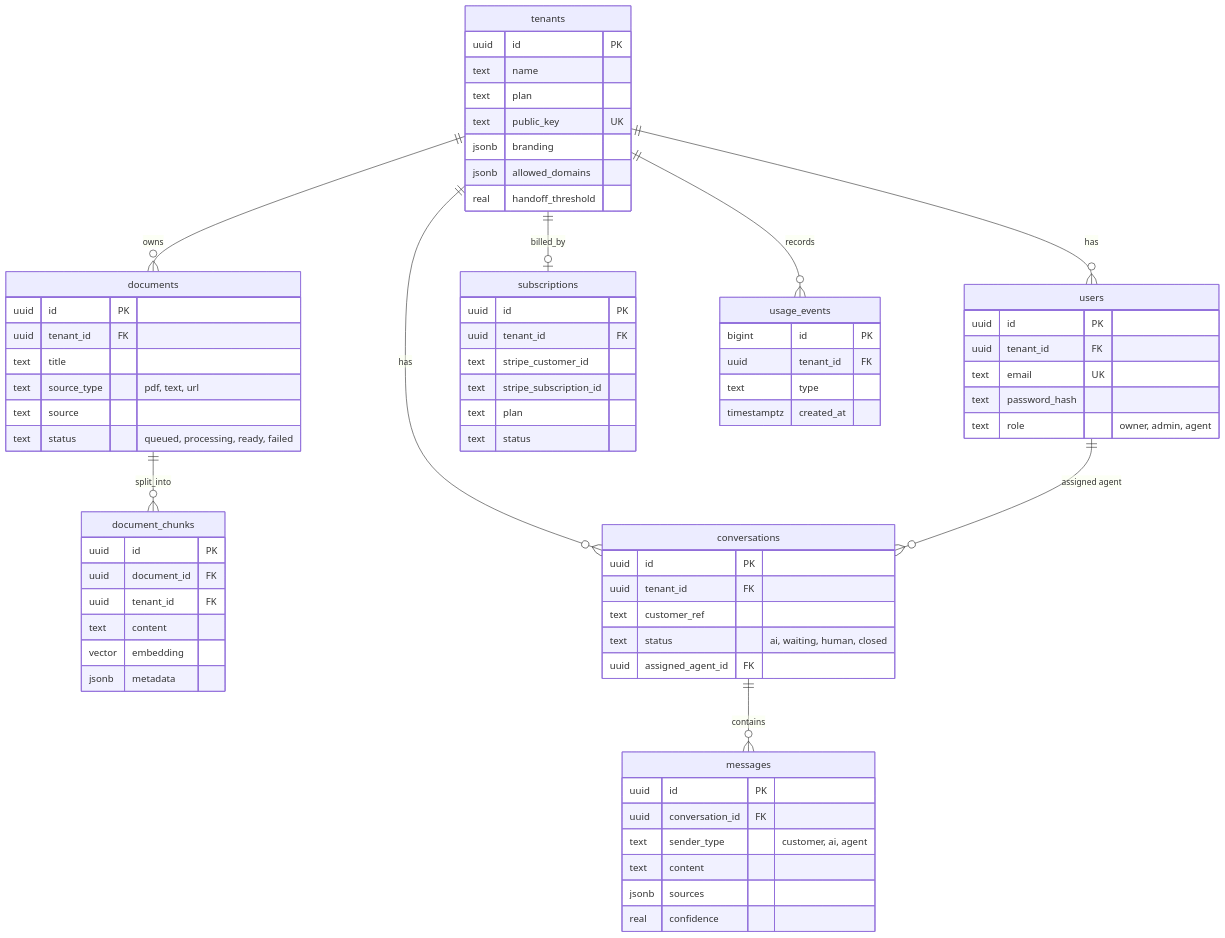
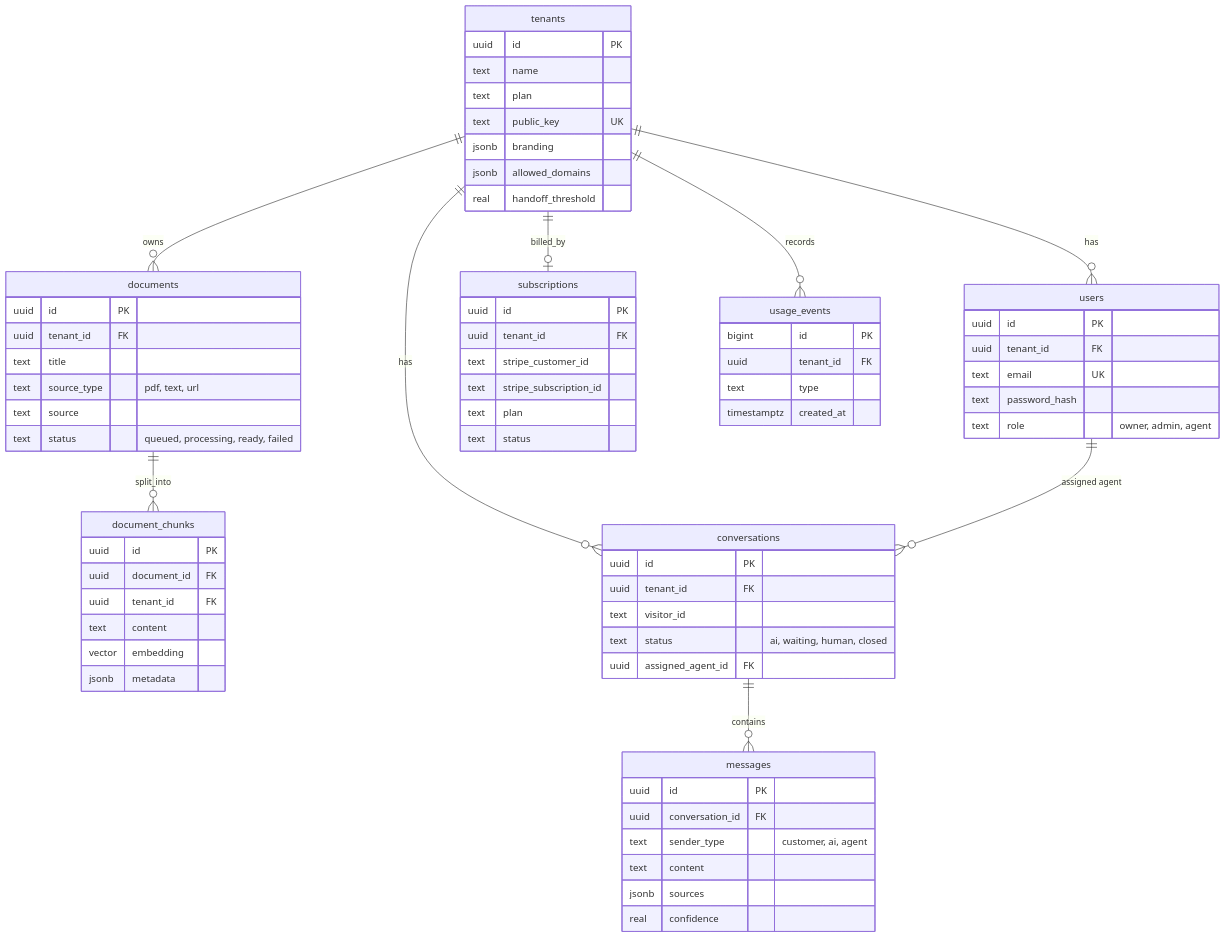
One commit to Akashsakhare123/supportpilot changed the fifth of 6 diagrams in docs/ARCHITECTURE.md. Above: the diagram before and after it, drawn with Mermaid. The commit also changed other lines of this file and 39 other files, not shown here.

````diff
--- a/docs/ARCHITECTURE.md
+++ b/docs/ARCHITECTURE.md
@@ -137,73 +145,73 @@
 ```mermaid
 erDiagram
   tenants ||--o{ users : has
   tenants ||--o{ documents : owns
   documents ||--o{ document_chunks : split_into
   tenants ||--o{ conversations : has
   conversations ||--o{ messages : contains
   users ||--o{ conversations : "assigned agent"
   tenants ||--o| subscriptions : billed_by
   tenants ||--o{ usage_events : records
 
   tenants {
     uuid id PK
     text name
     text plan
     text public_key UK
     jsonb branding
     jsonb allowed_domains
     real handoff_threshold
   }
   users {
     uuid id PK
     uuid tenant_id FK
     text email UK
     text password_hash
     text role "owner, admin, agent"
   }
   documents {
     uuid id PK
     uuid tenant_id FK
     text title
     text source_type "pdf, text, url"
     text source
     text status "queued, processing, ready, failed"
   }
   document_chunks {
     uuid id PK
     uuid document_id FK
     uuid tenant_id FK
     text content
     vector embedding
     jsonb metadata
   }
   conversations {
     uuid id PK
     uuid tenant_id FK
-    text customer_ref
+    text visitor_id
     text status "ai, waiting, human, closed"
     uuid assigned_agent_id FK
   }
   messages {
     uuid id PK
     uuid conversation_id FK
     text sender_type "customer, ai, agent"
     text content
     jsonb sources
     real confidence
   }
   subscriptions {
     uuid id PK
     uuid tenant_id FK
     text stripe_customer_id
     text stripe_subscription_id
     text plan
     text status
   }
   usage_events {
     bigint id PK
     uuid tenant_id FK
     text type
     timestamptz created_at
   }
 ```
````
